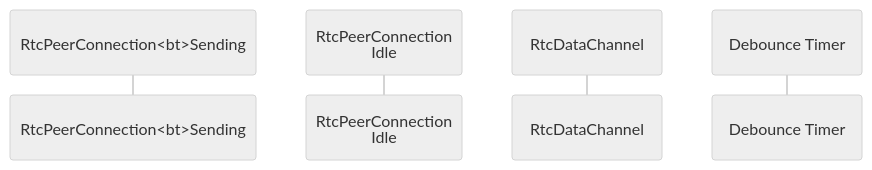
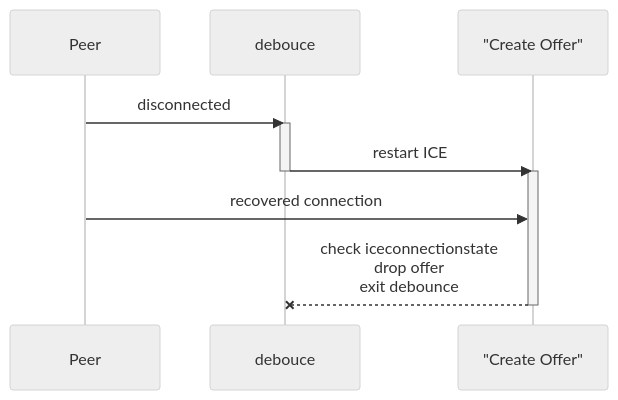
The first of 5 diagrams in src/transport/rtc-ts/memo.md (vk-swd/vamp), drawn with Mermaid (neutral theme) before and after one commit. The commit also changed other lines of this file and 2 other files, not shown here.

````diff
--- a/src/transport/rtc-ts/memo.md
+++ b/src/transport/rtc-ts/memo.md
@@ -22,9 +16,15 @@
         ```mermaid
         sequenceDiagram
-        participant ps as RtcPeerConnection<bt>Sending
-        participant p as RtcPeerConnection<br>Idle
-        participant dc as RtcDataChannel
-        participant t as Debounce Timer
+        participant p as Peer
+        participant d as debouce
+        participant co as "Create Offer"
 
-
+        p ->> d: disconnected
+        activate d
+        d ->> co: restart ICE
+        deactivate d
+        activate co
+        p ->> co: recovered connection
+        co --x d: check iceconnectionstate<br>drop offer<br>exit debounce
+        deactivate co
         ```
````
